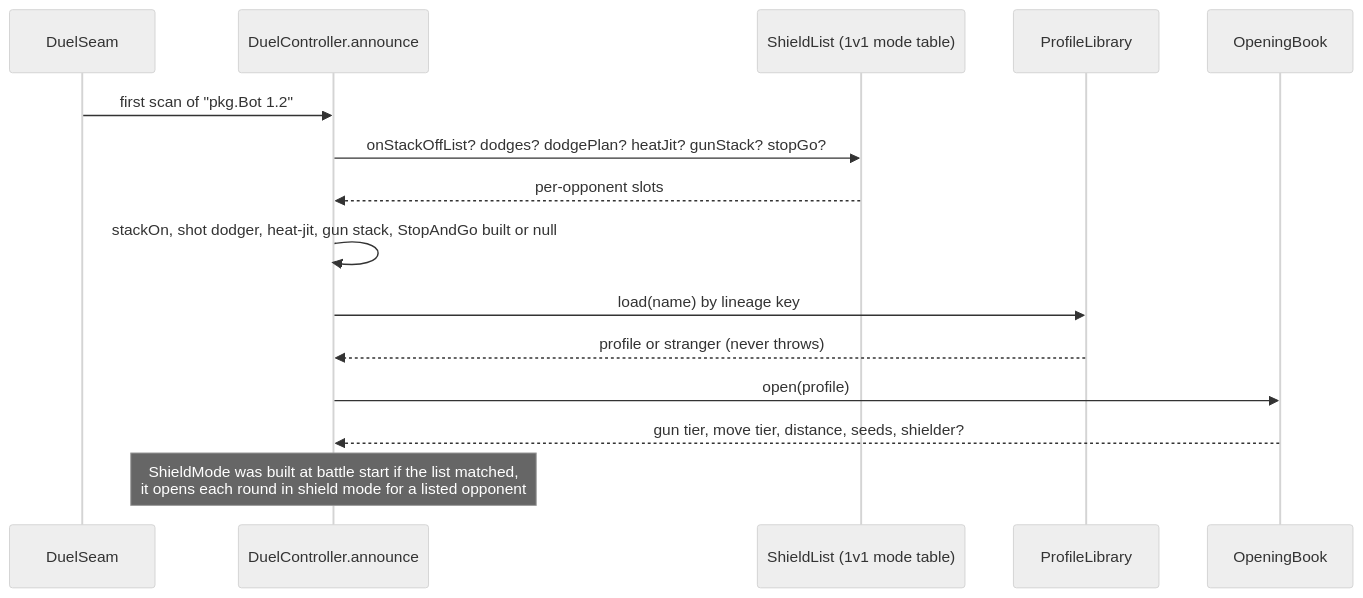
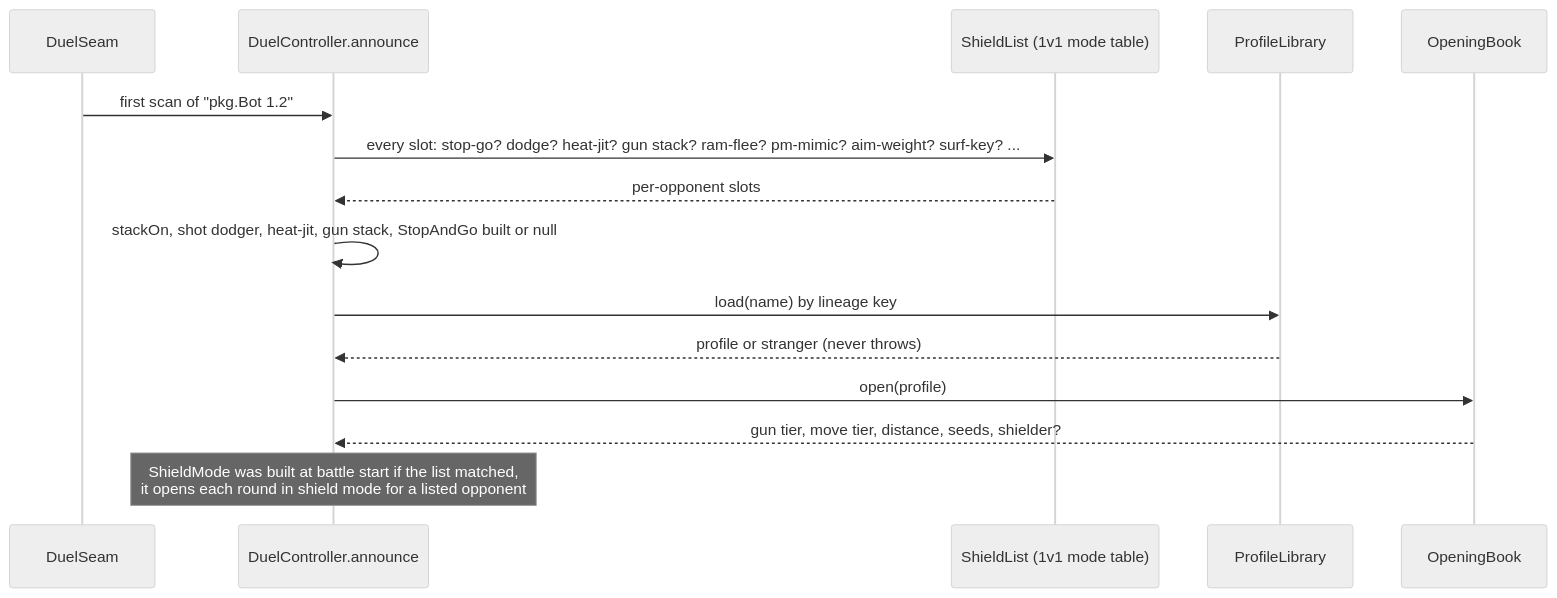
One commit to lgriffin/Hadur_Robot changed the tenth of 25 diagrams in docs/architecture-c4.md. Above: the diagram before and after it, drawn with Mermaid (neutral theme). The commit also changed other lines of this file and 132 other files, not shown here.

First line of the commit message:
Architecture review: honest traceability gate, coverage floor, requirements by area, docs refresh (#998)

````diff
--- a/docs/architecture-c4.md
+++ b/docs/architecture-c4.md
@@ -361,17 +361,17 @@
 ```mermaid
 sequenceDiagram
   participant S as DuelSeam
   participant D as DuelController.announce
   participant L as ShieldList (1v1 mode table)
   participant P as ProfileLibrary
   participant O as OpeningBook
   S->>D: first scan of "pkg.Bot 1.2"
-  D->>L: onStackOffList? dodges? dodgePlan? heatJit? gunStack? stopGo?
+  D->>L: every slot: stop-go? dodge? heat-jit? gun stack? ram-flee? pm-mimic? aim-weight? surf-key? ...
   L-->>D: per-opponent slots
   D->>D: stackOn, shot dodger, heat-jit, gun stack, StopAndGo built or null
   D->>P: load(name) by lineage key
   P-->>D: profile or stranger (never throws)
   D->>O: open(profile)
   O-->>D: gun tier, move tier, distance, seeds, shielder?
   Note over D: ShieldMode was built at battle start if the list matched,<br/>it opens each round in shield mode for a listed opponent
 ```
````
